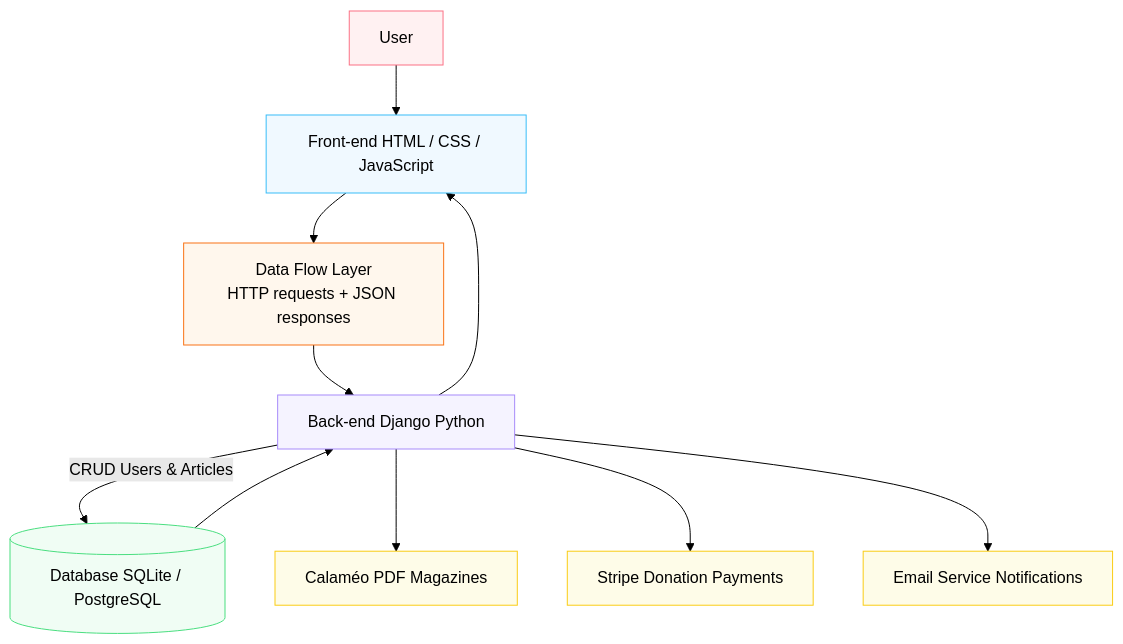
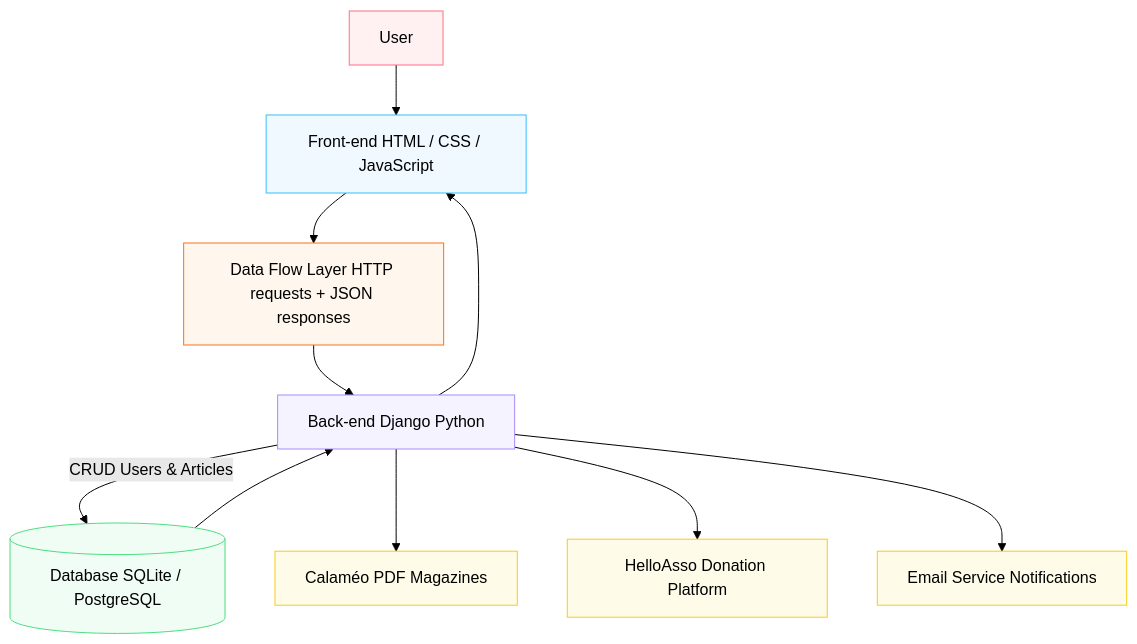
Before and after one commit to Gigi-Corlay/portfolioLionessMagazine: the second of 4 diagrams in README.md, drawn with Mermaid (forest theme). The commit also changed other lines of this file, not shown here.

First line of the commit message:
Replace Stripe with HelloAsso for donations

````diff
--- a/README.md
+++ b/README.md
@@ -74,44 +44,44 @@
 ```mermaid
 flowchart TD
 
 U[User]
 
 FE[Front-end HTML / CSS / JavaScript]
 BE[Back-end Django Python]
 DB[(Database SQLite / PostgreSQL)]
 
 CAL[Calaméo PDF Magazines]
-STRIPE[Stripe Donation Payments]
+HELLOASSO[HelloAsso Donation Platform]
 EMAIL[Email Service Notifications]
 
-DF[Data Flow Layer\nHTTP requests + JSON responses]
+DF[Data Flow Layer HTTP requests + JSON responses]
 
 U --> FE
 FE --> DF
 DF --> BE
 
 BE -->|CRUD Users & Articles| DB
 DB --> BE
 
 BE --> FE
 
 BE --> CAL
-BE --> STRIPE
+BE --> HELLOASSO
 BE --> EMAIL
 
 classDef userNode stroke:#fb7185,fill:#fff1f2
 classDef frontendNode stroke:#38bdf8,fill:#f0f9ff
 classDef backendNode stroke:#a78bfa,fill:#f5f3ff
 classDef databaseNode stroke:#4ade80,fill:#f0fdf4
 classDef externalNode stroke:#facc15,fill:#fefce8
 classDef dataflowNode stroke:#f97316,fill:#fff7ed
 
 class U userNode
 class FE frontendNode
 class BE backendNode
 class DB databaseNode
 class CAL externalNode
-class STRIPE externalNode
+class HELLOASSO externalNode
 class EMAIL externalNode
 class DF dataflowNode
 ```
````
